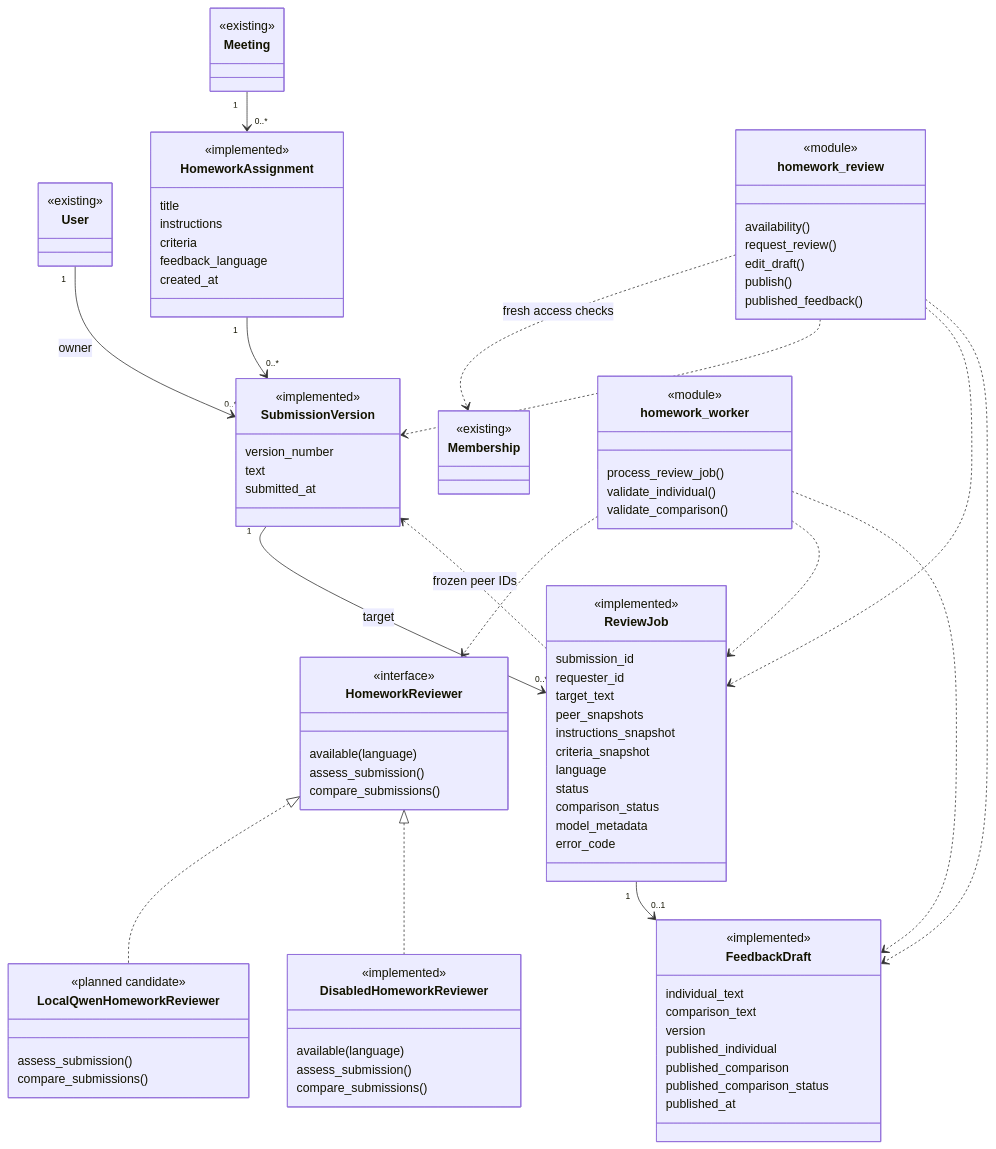
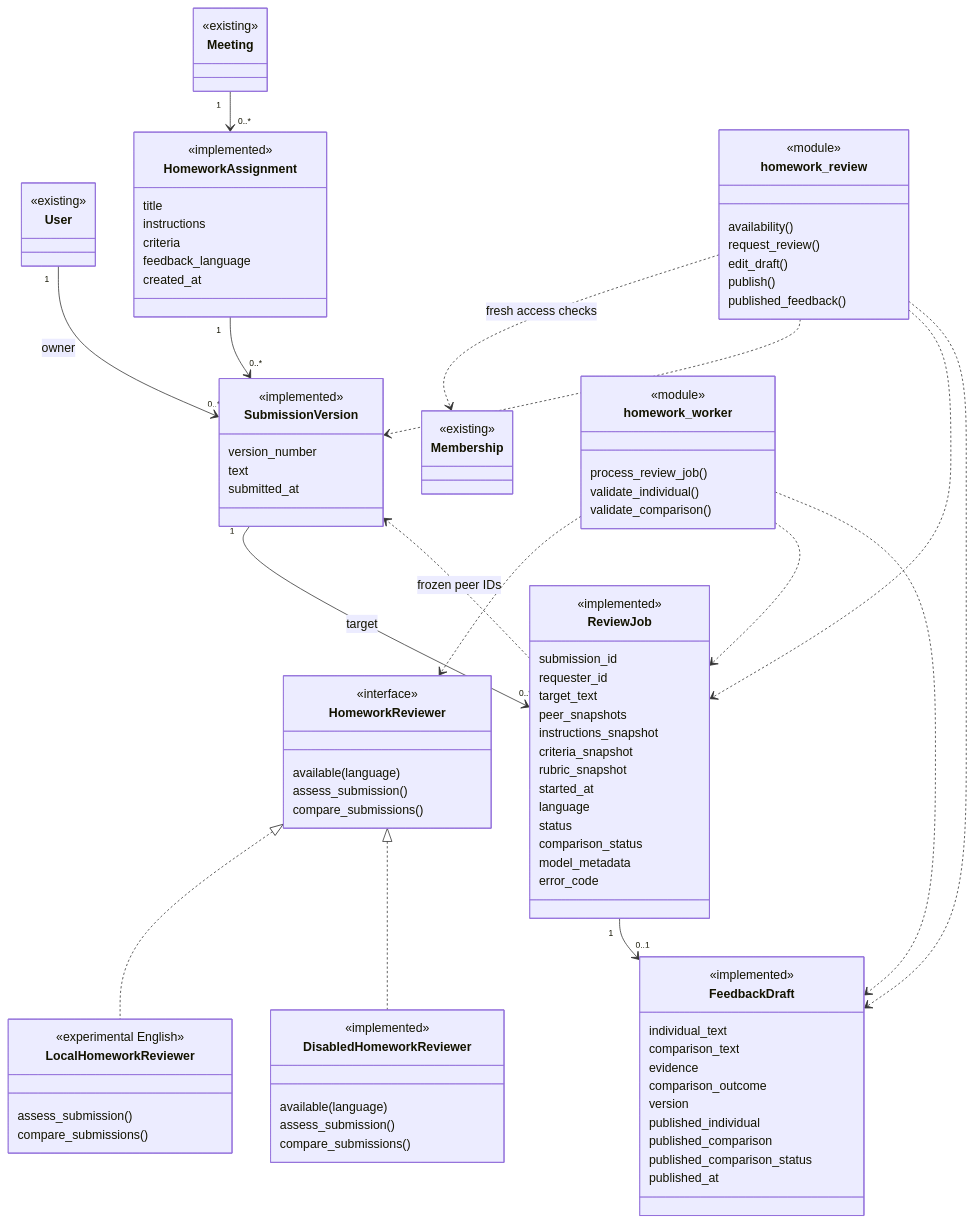
Before and after one commit to itavs/TeachingTool-Ex2: the fifth of 7 diagrams in docs/architecture.md, drawn with Mermaid. The commit also changed other lines of this file and 27 other files, not shown here.

Commit message:
Integrate experimental local English homework feedback

```diff
--- a/docs/architecture.md
+++ b/docs/architecture.md
@@ -417,6 +414,8 @@
         peer_snapshots
         instructions_snapshot
         criteria_snapshot
+        rubric_snapshot
+        started_at
         language
         status
         comparison_status
@@ -427,6 +426,8 @@
         <<implemented>>
         individual_text
         comparison_text
+        evidence
+        comparison_outcome
         version
         published_individual
         published_comparison
@@ -447,8 +448,8 @@
         assess_submission()
         compare_submissions()
     }
-    class LocalQwenHomeworkReviewer {
-        <<planned candidate>>
+    class LocalHomeworkReviewer {
+        <<experimental English>>
         assess_submission()
         compare_submissions()
     }
@@ -474,7 +475,7 @@
     homework_review ..> SubmissionVersion
     homework_review ..> ReviewJob
     homework_review ..> FeedbackDraft
-    HomeworkReviewer <|.. LocalQwenHomeworkReviewer
+    HomeworkReviewer <|.. LocalHomeworkReviewer
     HomeworkReviewer <|.. DisabledHomeworkReviewer
     homework_worker ..> HomeworkReviewer
     homework_worker ..> ReviewJob
```
